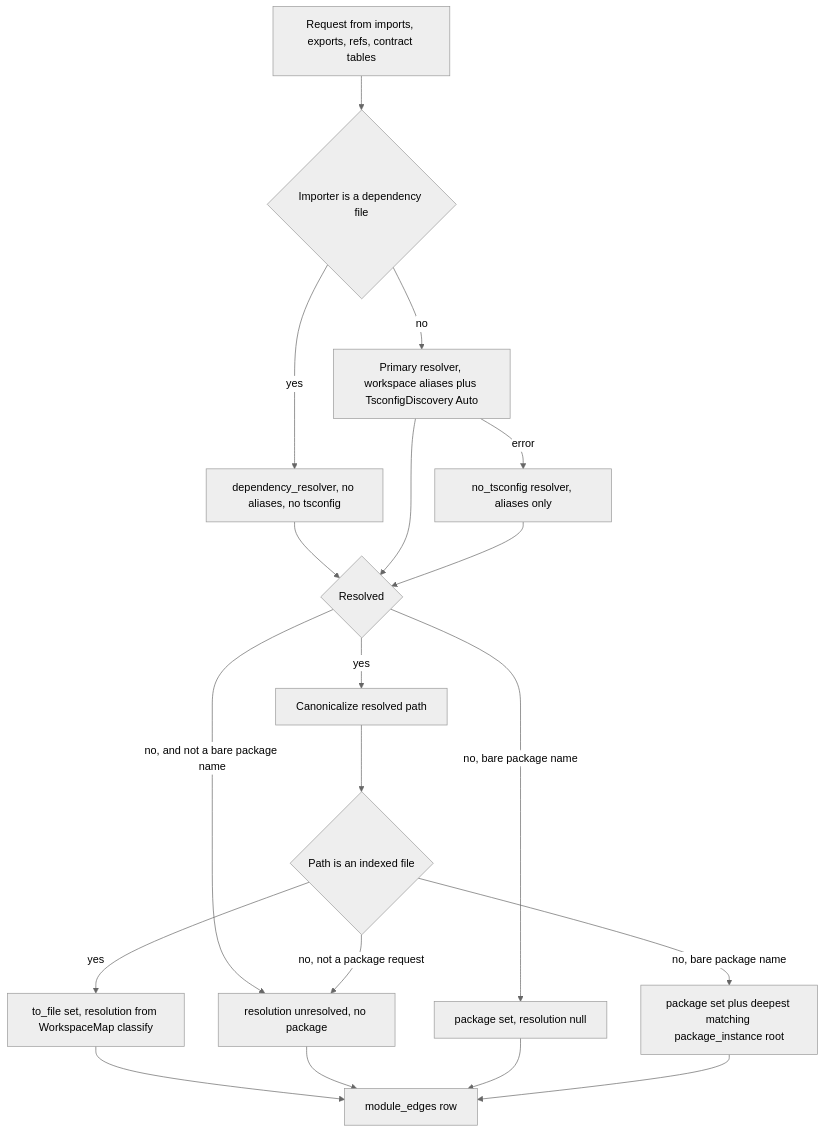
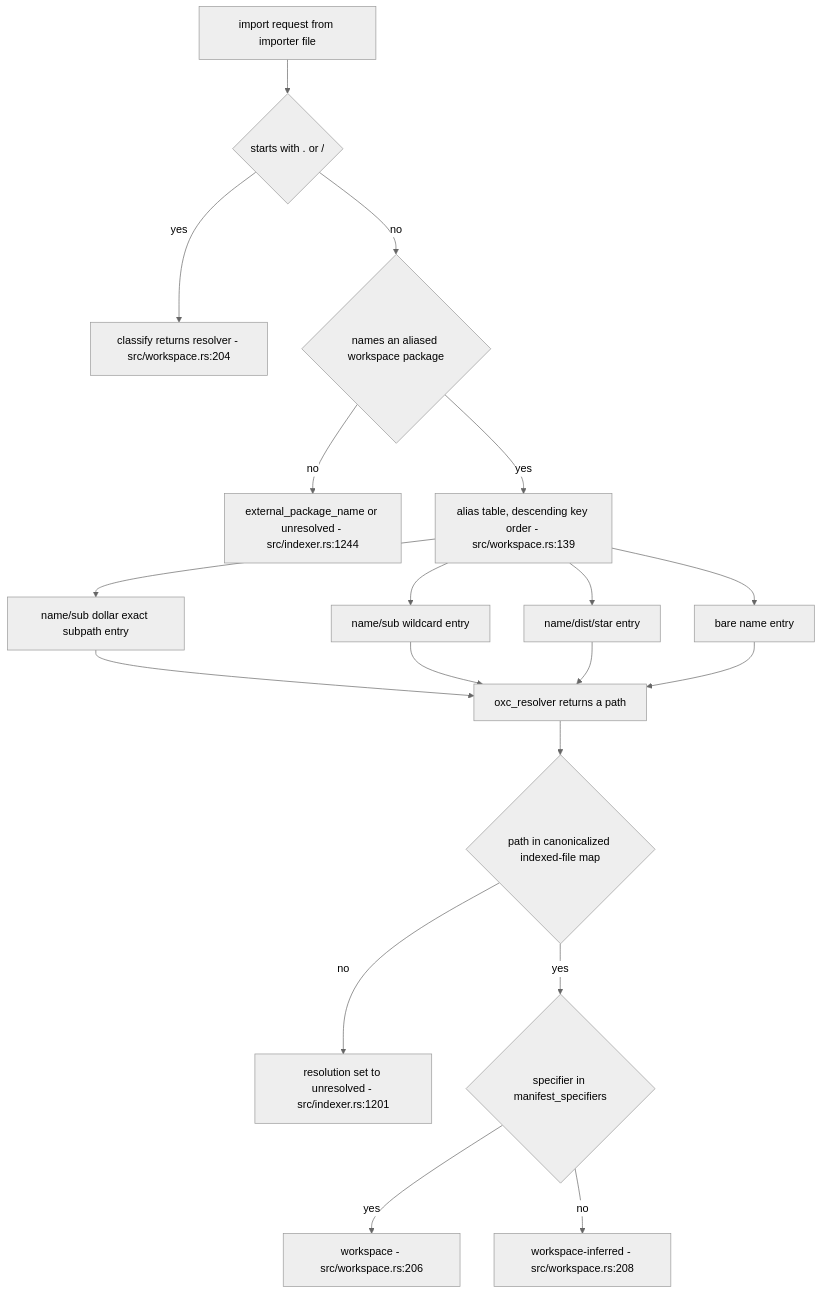
Before and after one commit to iantocristian/jscout: the second of 2 diagrams in docs/codebase-analysis/02-ingestion.md, drawn with Mermaid (neutral theme). The commit also changed other lines of this file and 28 other files, not shown here.

````diff
--- a/docs/codebase-analysis/02-ingestion.md
+++ b/docs/codebase-analysis/02-ingestion.md
@@ -124,21 +109,21 @@
 ```mermaid
 flowchart TD
-  REQ["Request from imports, exports, refs, contract tables"] --> DEP{"Importer is a dependency file"}
-  DEP -->|"yes"| NOALIAS["dependency_resolver, no aliases, no tsconfig"]
-  DEP -->|"no"| PRIM["Primary resolver, workspace aliases plus TsconfigDiscovery Auto"]
-  PRIM -->|"error"| RETRY["no_tsconfig resolver, aliases only"]
-  NOALIAS --> OUT{"Resolved"}
-  PRIM --> OUT
-  RETRY --> OUT
-  OUT -->|"no, and not a bare package name"| UNRES["resolution unresolved, no package"]
-  OUT -->|"no, bare package name"| PKGONLY["package set, resolution null"]
-  OUT -->|"yes"| CANON["Canonicalize resolved path"]
-  CANON --> IDX{"Path is an indexed file"}
-  IDX -->|"yes"| CLASS["to_file set, resolution from WorkspaceMap classify"]
-  IDX -->|"no, not a package request"| UNRES
-  IDX -->|"no, bare package name"| ATTR["package set plus deepest matching package_instance root"]
-  CLASS --> ROW["module_edges row"]
-  UNRES --> ROW
-  PKGONLY --> ROW
-  ATTR --> ROW
+  REQ["import request from importer file"] --> RELA{"starts with . or /"}
+  RELA -->|"yes"| RESOLVER["classify returns resolver - src/workspace.rs:204"]
+  RELA -->|"no"| PKG{"names an aliased workspace package"}
+  PKG -->|"no"| EXT["external_package_name or unresolved - src/indexer.rs:1244"]
+  PKG -->|"yes"| ALIAS["alias table, descending key order - src/workspace.rs:139"]
+  ALIAS --> EXACT["name/sub dollar exact subpath entry"]
+  ALIAS --> WILD["name/sub wildcard entry"]
+  ALIAS --> DIST["name/dist/star entry"]
+  ALIAS --> BARE["bare name entry"]
+  EXACT --> RESOLVED["oxc_resolver returns a path"]
+  WILD --> RESOLVED
+  DIST --> RESOLVED
+  BARE --> RESOLVED
+  RESOLVED --> INDEXED{"path in canonicalized indexed-file map"}
+  INDEXED -->|"no"| UNRES["resolution set to unresolved - src/indexer.rs:1201"]
+  INDEXED -->|"yes"| CLASSIFY{"specifier in manifest_specifiers"}
+  CLASSIFY -->|"yes"| WS["workspace - src/workspace.rs:206"]
+  CLASSIFY -->|"no"| WSINF["workspace-inferred - src/workspace.rs:208"]
 ```
````
